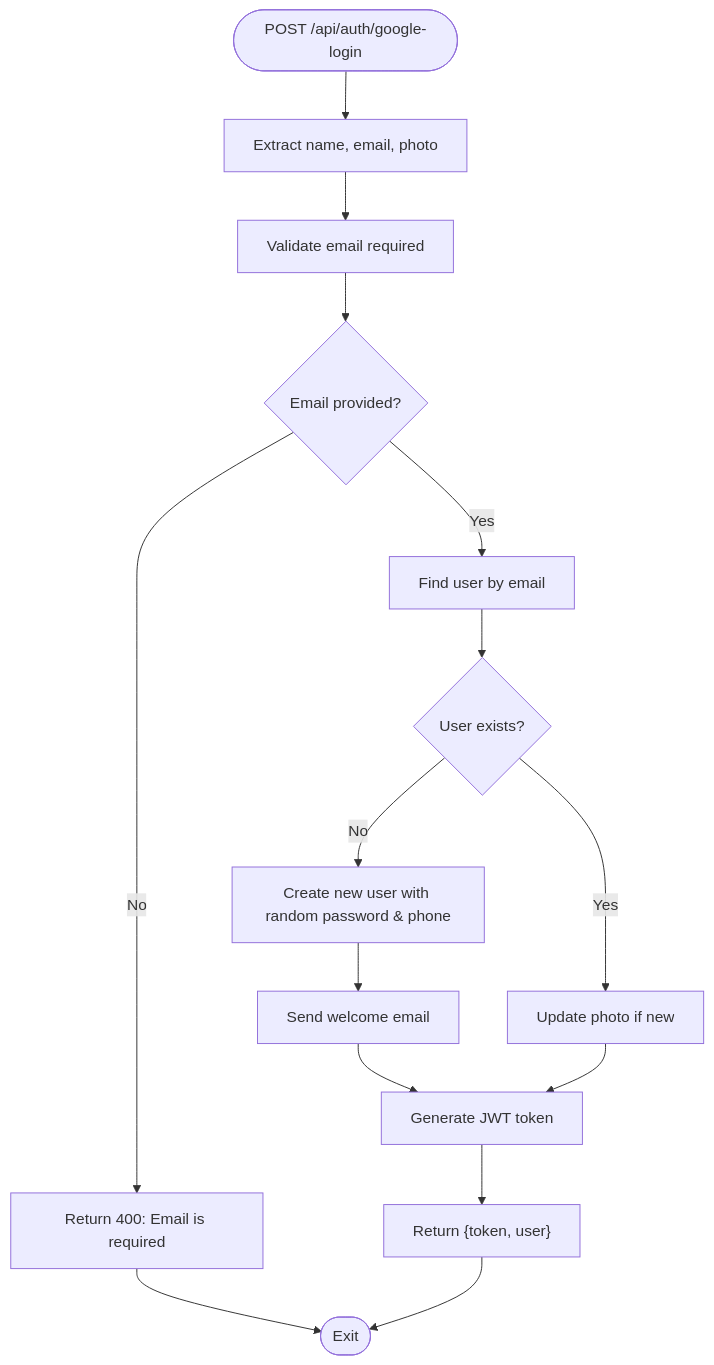
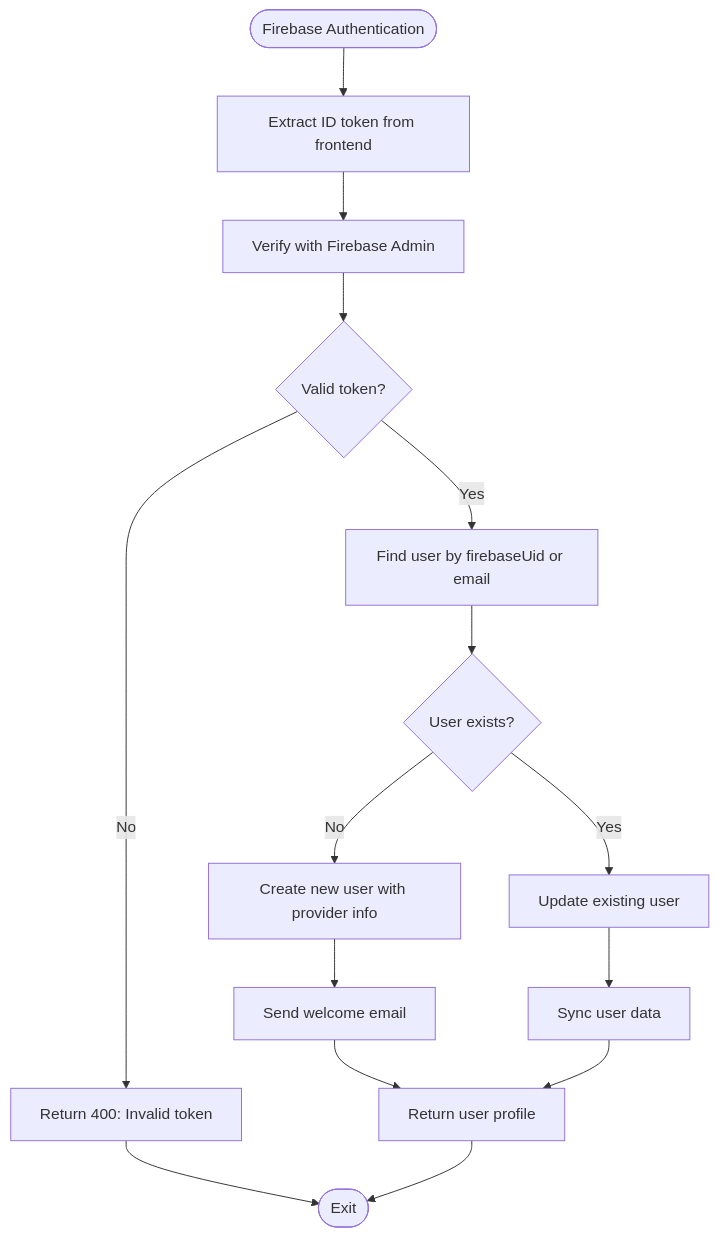
The third of 7 diagrams in .qoder/repowiki/en/content/Authentication & Authorization/Login & Registration Process.md (Pavan-PSPK9032/TrendsandToss), drawn with Mermaid before and after one commit. The commit also changed other lines of this file and 9 other files, not shown here.

````diff
--- a/.qoder/repowiki/en/content/Authentication & Authorization/Login & Registration Process.md
+++ b/.qoder/repowiki/en/content/Authentication & Authorization/Login & Registration Process.md
@@ -272,17 +171,17 @@
 ```mermaid
 flowchart TD
-Start(["POST /api/auth/google-login"]) --> Extract["Extract name, email, photo"]
-Extract --> Validate["Validate email required"]
-Validate --> HasEmail{"Email provided?"}
-HasEmail --> |No| ErrEmail["Return 400: Email is required"]
-HasEmail --> |Yes| FindUser["Find user by email"]
-FindUser --> Found{"User exists?"}
-Found --> |No| CreateUser["Create new user with random password & phone"]
+Start(["Firebase Authentication"]) --> Extract["Extract ID token from frontend"]
+Extract --> Verify["Verify with Firebase Admin"]
+Verify --> Valid{"Valid token?"}
+Valid --> |No| ErrToken["Return 400: Invalid token"]
+Valid --> |Yes| FindUser["Find user by firebaseUid or email"]
+FindUser --> UserFound{"User exists?"}
+UserFound --> |No| CreateUser["Create new user with provider info"]
+UserFound --> |Yes| UpdateUser["Update existing user"]
 CreateUser --> SendWelcome["Send welcome email"]
-SendWelcome --> GenToken["Generate JWT token"]
-Found --> |Yes| UpdatePhoto["Update photo if new"]
-UpdatePhoto --> GenToken
-GenToken --> Respond["Return {token, user}"]
-ErrEmail --> End(["Exit"])
-Respond --> End
+UpdateUser --> SyncUser["Sync user data"]
+SendWelcome --> ReturnUser["Return user profile"]
+SyncUser --> ReturnUser
+ErrToken --> End(["Exit"])
+ReturnUser --> End
 ```
````
